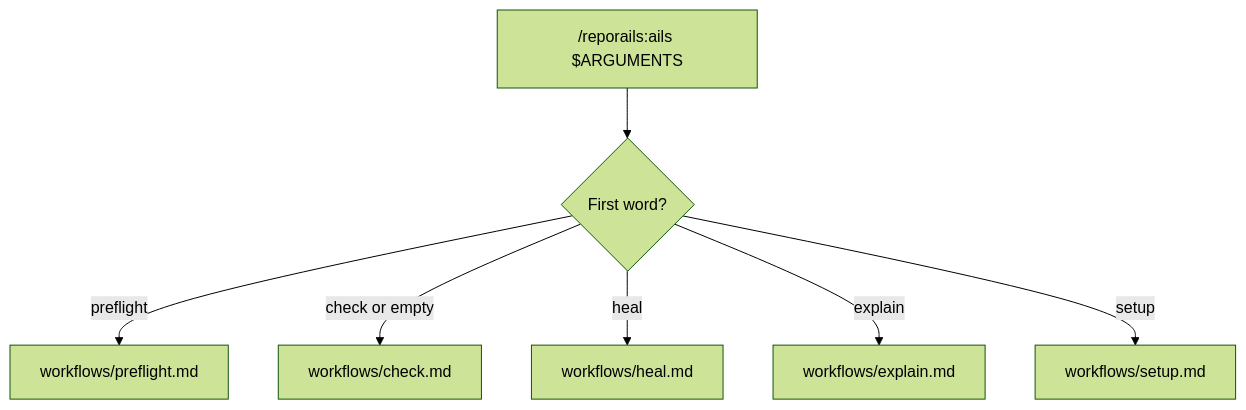
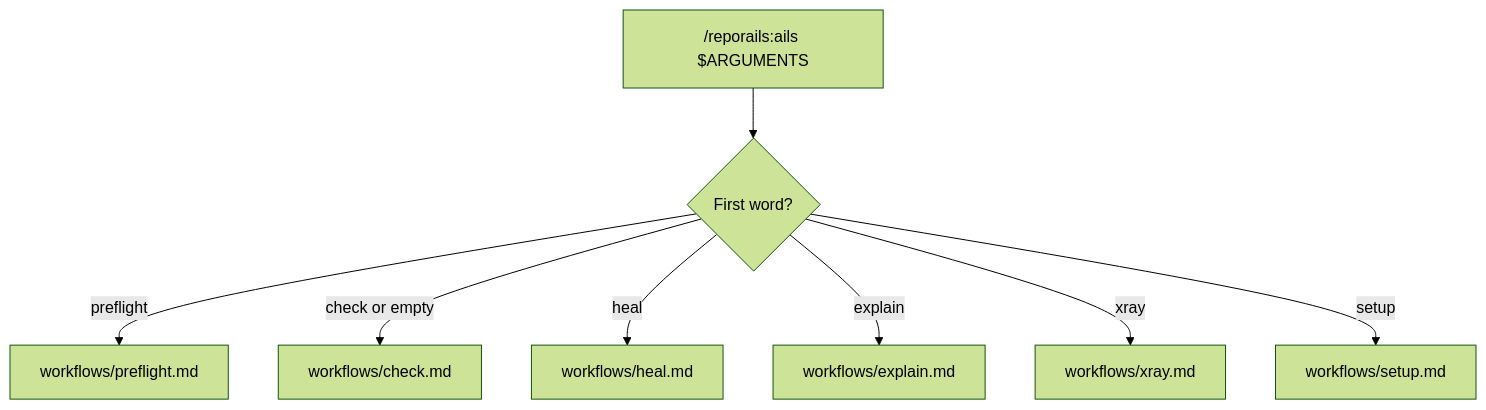
One commit to reporails/plugin changed the diagram in plugins/reporails/skills/ails/SKILL.md. Above: the diagram before and after it, drawn with Mermaid (forest theme). The commit also changed other lines of this file and 3 other files, not shown here.

````diff
--- a/plugins/reporails/skills/ails/SKILL.md
+++ b/plugins/reporails/skills/ails/SKILL.md
@@ -18,9 +18,10 @@
 ```mermaid
 flowchart TD
     A["/reporails:ails $ARGUMENTS"] --> B{First word?}
     B -->|preflight| P["workflows/preflight.md"]
     B -->|check or empty| C["workflows/check.md"]
     B -->|heal| D["workflows/heal.md"]
     B -->|explain| E["workflows/explain.md"]
+    B -->|xray| X["workflows/xray.md"]
     B -->|setup| F["workflows/setup.md"]
 ```
````
